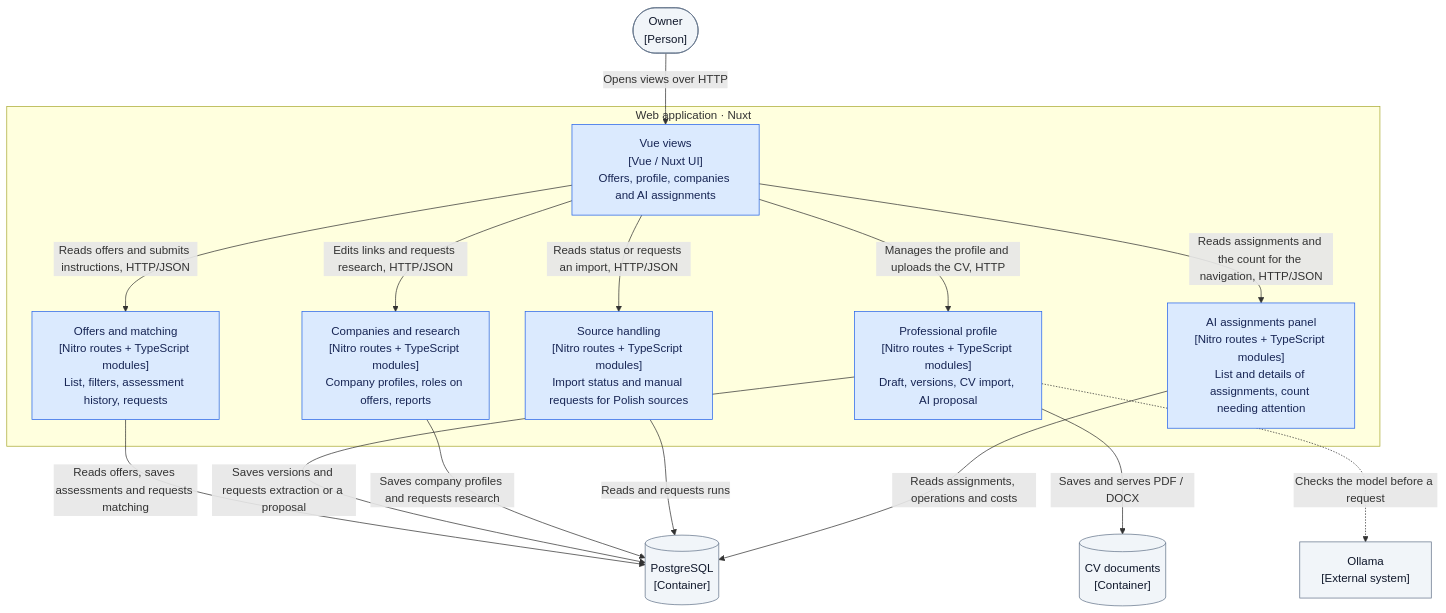
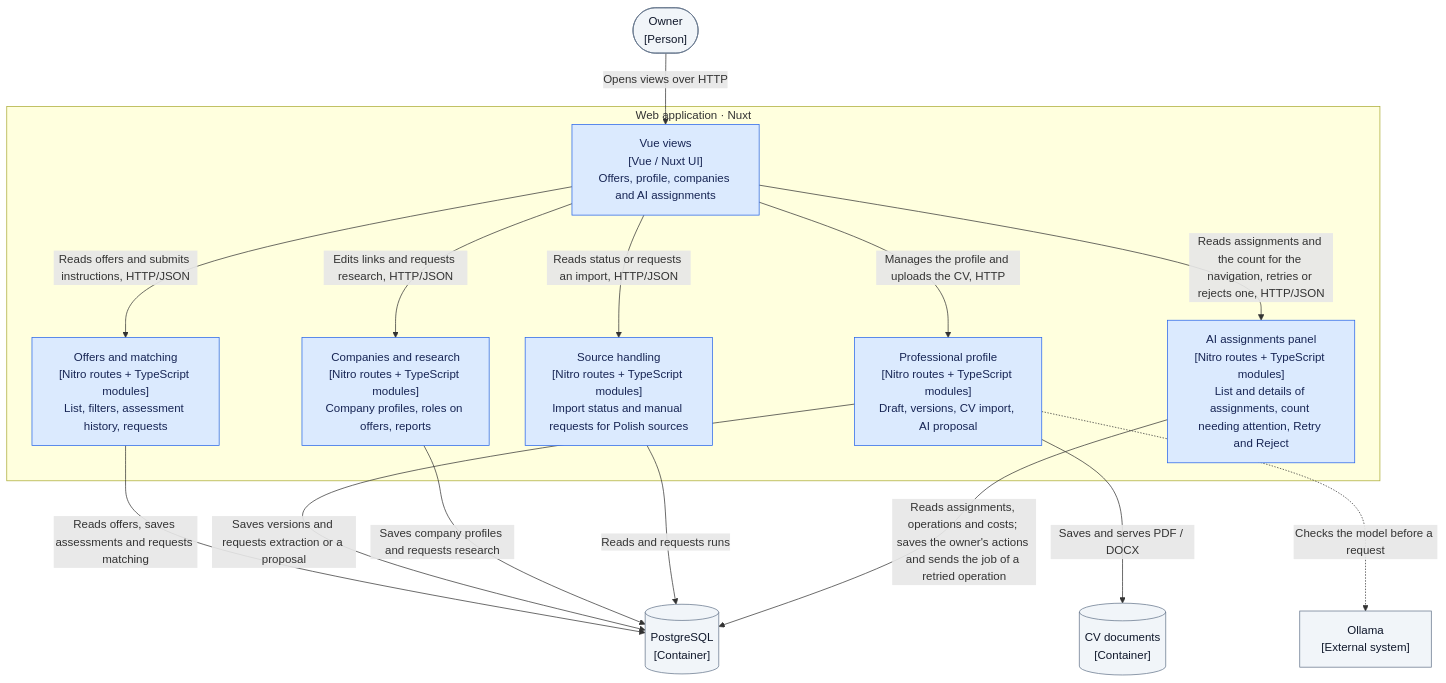
The third of 5 diagrams in docs/architecture/README.md (pioziol123/ofertorix-rekrutus), drawn with Mermaid before and after one commit. The commit also changed other lines of this file and 17 other files, not shown here.

Commit message:
oferty-pracy-sq2.13: Let the owner retry an assignment needing attention and reject one not yet final from the panel

````diff
--- a/docs/architecture/README.md
+++ b/docs/architecture/README.md
@@ -82,35 +82,35 @@
 ```mermaid
 flowchart TB
   Owner(["Owner<br/>[Person]"])
   DB[("PostgreSQL<br/>[Container]")]
   Files[("CV documents<br/>[Container]")]
   Ollama["Ollama<br/>[External system]"]
 
   subgraph Web["Web application · Nuxt"]
     UI["Vue views<br/>[Vue / Nuxt UI]<br/>Offers, profile, companies and AI assignments"]
     Offers["Offers and matching<br/>[Nitro routes + TypeScript modules]<br/>List, filters, assessment history, requests"]
     Profile["Professional profile<br/>[Nitro routes + TypeScript modules]<br/>Draft, versions, CV import, AI proposal"]
     Companies["Companies and research<br/>[Nitro routes + TypeScript modules]<br/>Company profiles, roles on offers, reports"]
     Sources["Source handling<br/>[Nitro routes + TypeScript modules]<br/>Import status and manual requests for Polish sources"]
-    Panel["AI assignments panel<br/>[Nitro routes + TypeScript modules]<br/>List and details of assignments, count needing attention"]
+    Panel["AI assignments panel<br/>[Nitro routes + TypeScript modules]<br/>List and details of assignments, count needing attention, Retry and Reject"]
   end
 
   Owner -->|"Opens views over HTTP"| UI
   UI -->|"Reads offers and submits instructions, HTTP/JSON"| Offers
   UI -->|"Manages the profile and uploads the CV, HTTP"| Profile
   UI -->|"Edits links and requests research, HTTP/JSON"| Companies
   UI -->|"Reads status or requests an import, HTTP/JSON"| Sources
-  UI -->|"Reads assignments and the count for the navigation, HTTP/JSON"| Panel
+  UI -->|"Reads assignments and the count for the navigation, retries or rejects one, HTTP/JSON"| Panel
   Offers -->|"Reads offers, saves assessments and requests matching"| DB
   Profile -->|"Saves versions and requests extraction or a proposal"| DB
   Companies -->|"Saves company profiles and requests research"| DB
   Sources -->|"Reads and requests runs"| DB
-  Panel -->|"Reads assignments, operations and costs"| DB
+  Panel -->|"Reads assignments, operations and costs; saves the owner's actions and sends the job of a retried operation"| DB
   Profile -->|"Saves and serves PDF / DOCX"| Files
   Profile -.->|"Checks the model before a request"| Ollama
 
   classDef internal fill:#dbeafe,stroke:#2563eb,color:#172554
   classDef external fill:#f1f5f9,stroke:#64748b,color:#0f172a
   class UI,Offers,Profile,Companies,Sources,Panel internal
   class Owner,DB,Files,Ollama external
 ```
````
